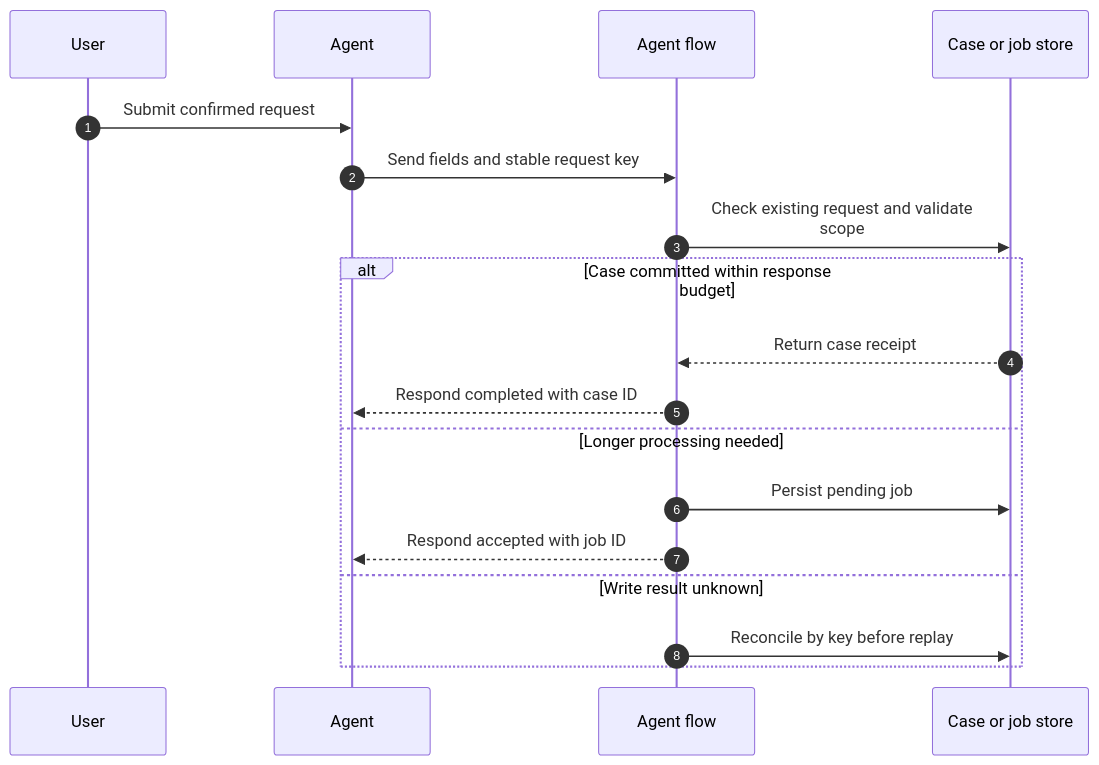
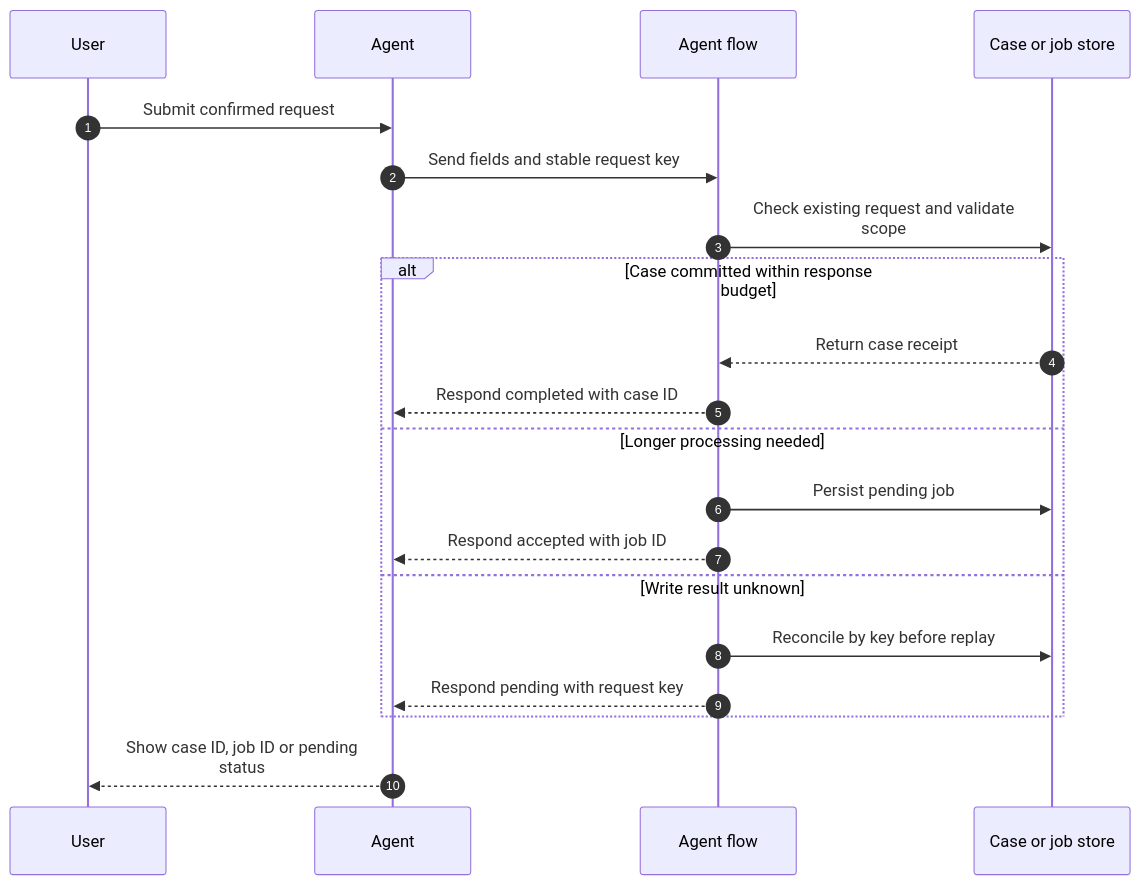
Before and after one commit to abhishek-ai-enabler/copilotstudio-architecture-patterns: the second of 2 diagrams in technical-patterns/synchronous-agent-flow.md, drawn with Mermaid. The commit also changed other lines of this file and 41 other files, not shown here.

First line of the commit message:
Review diagrams: add return paths and fix flow accuracy

````diff
--- a/technical-patterns/synchronous-agent-flow.md
+++ b/technical-patterns/synchronous-agent-flow.md
@@ -33,21 +34,23 @@
 ```mermaid
 sequenceDiagram
     accTitle: Return a typed result from an agent flow - technical flow
     autonumber
     participant U as User
     participant A as Agent
     participant F as Agent flow
     participant S as Case or job store
     U->>A: Submit confirmed request
     A->>F: Send fields and stable request key
     F->>S: Check existing request and validate<br/>scope
     alt Case committed within response budget
-        S-->>F: Return case receipt
-        F-->>A: Respond completed with case ID
+      S-->>F: Return case receipt
+      F-->>A: Respond completed with case ID
     else Longer processing needed
-        F->>S: Persist pending job
-        F-->>A: Respond accepted with job ID
+      F->>S: Persist pending job
+      F-->>A: Respond accepted with job ID
     else Write result unknown
-        F->>S: Reconcile by key before replay
+      F->>S: Reconcile by key before replay
+      F-->>A: Respond pending with request key
     end
+    A-->>U: Show case ID, job ID or pending<br/>status
 ```
````
